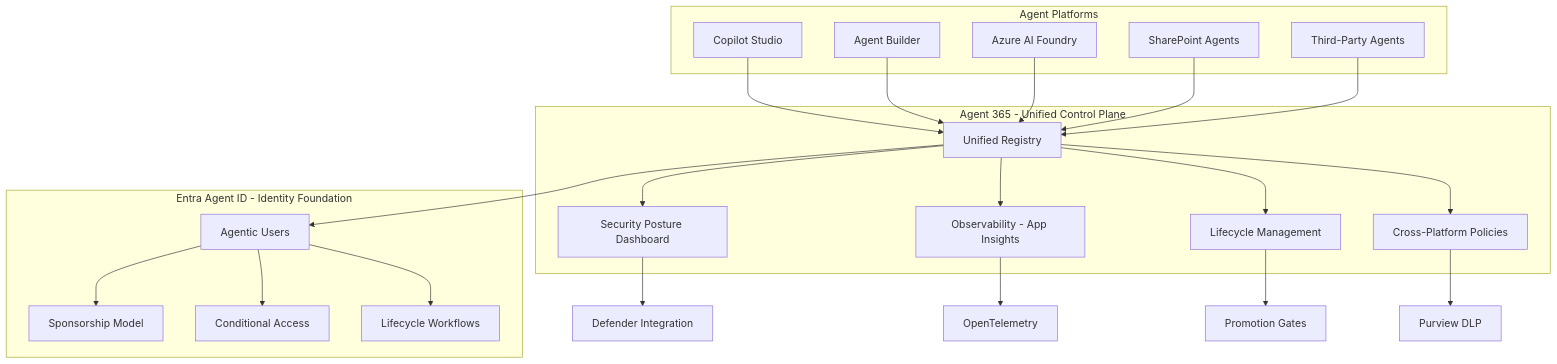
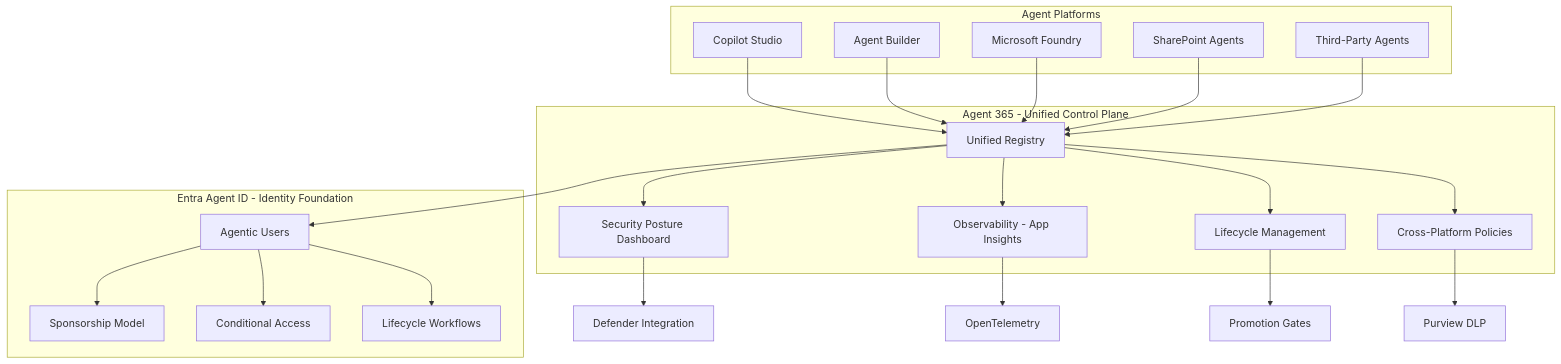
One commit to judeper/FSI-AgentGov changed the second of 3 diagrams in docs/framework/agent-identity-architecture.md. Above: the diagram before and after it, drawn with Mermaid. The commit also changed other lines of this file and 95 other files, not shown here.

````diff
--- a/docs/framework/agent-identity-architecture.md
+++ b/docs/framework/agent-identity-architecture.md
@@ -399,46 +425,46 @@
 ```mermaid
 graph TD
     subgraph "Agent Platforms"
         A[Copilot Studio]
         B[Agent Builder]
-        C[Azure AI Foundry]
+        C[Microsoft Foundry]
         D[SharePoint Agents]
         E[Third-Party Agents]
     end
 
     subgraph "Entra Agent ID - Identity Foundation"
         F[Agentic Users]
         G[Sponsorship Model]
         H[Conditional Access]
         I[Lifecycle Workflows]
     end
 
     subgraph "Agent 365 - Unified Control Plane"
         J[Unified Registry]
         K[Security Posture Dashboard]
         L[Observability - App Insights]
         M[Lifecycle Management]
         N[Cross-Platform Policies]
     end
 
     A --> J
     B --> J
     C --> J
     D --> J
     E --> J
 
     J --> F
     F --> G
     F --> H
     F --> I
 
     J --> K
     J --> L
     J --> M
     J --> N
 
     K --> O[Defender Integration]
     L --> P[OpenTelemetry]
     M --> Q[Promotion Gates]
     N --> R[Purview DLP]
 ```
````
